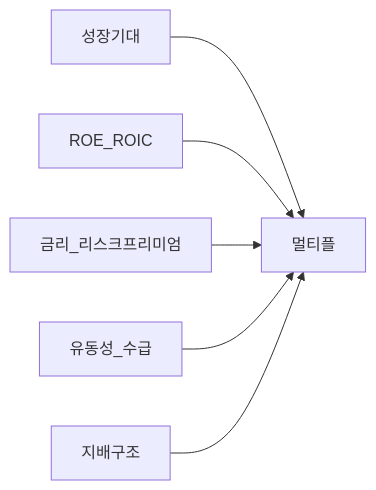
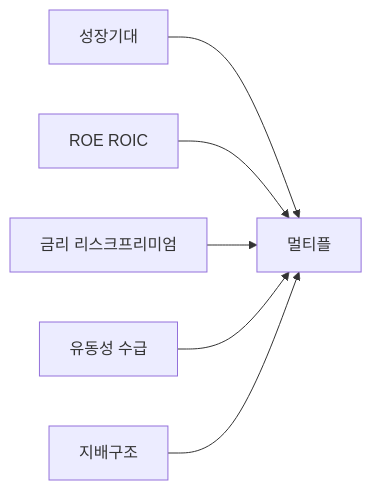
Before and after one commit to goldanghenry/Finances: the second of 2 diagrams in 03-markets/equity-valuation-fundamentals.md, drawn with Mermaid. The commit also changed other lines of this file and 211 other files, not shown here.

````diff
--- a/03-markets/equity-valuation-fundamentals.md
+++ b/03-markets/equity-valuation-fundamentals.md
@@ -149,8 +161,8 @@
 ```mermaid
 flowchart LR
   Gr[성장기대] --> Mult[멀티플]
-  Ro[ROE_ROIC] --> Mult
-  Ri[금리_리스크프리미엄] --> Mult
-  Liq[유동성_수급] --> Mult
+  Ro["ROE ROIC"] --> Mult
+  Ri["금리 리스크프리미엄"] --> Mult
+  Liq["유동성 수급"] --> Mult
   Gov[지배구조] --> Mult
 ```
````
